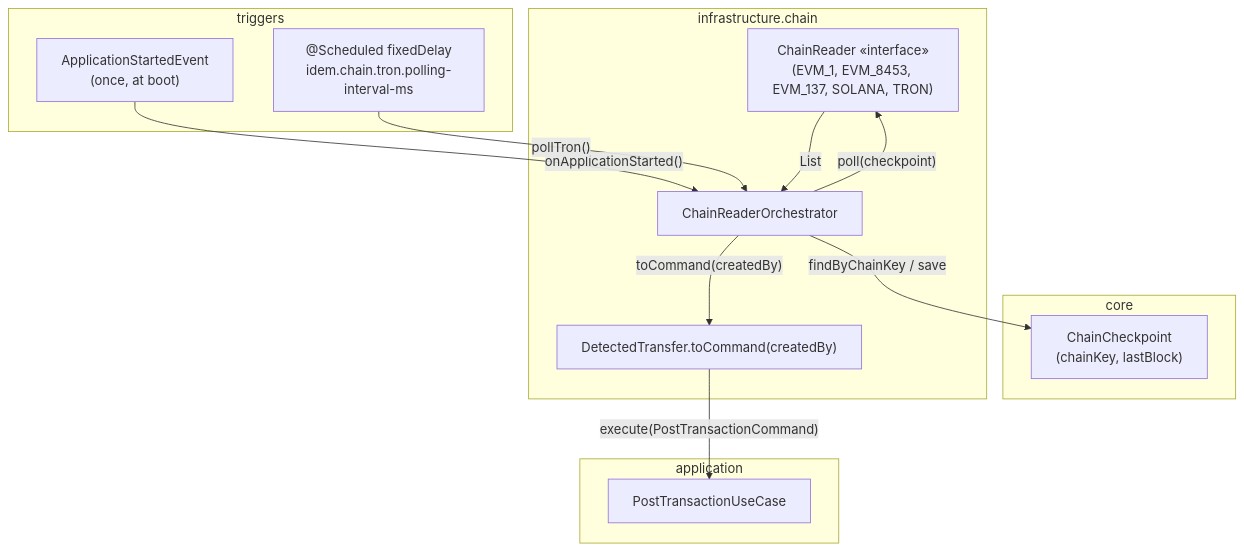
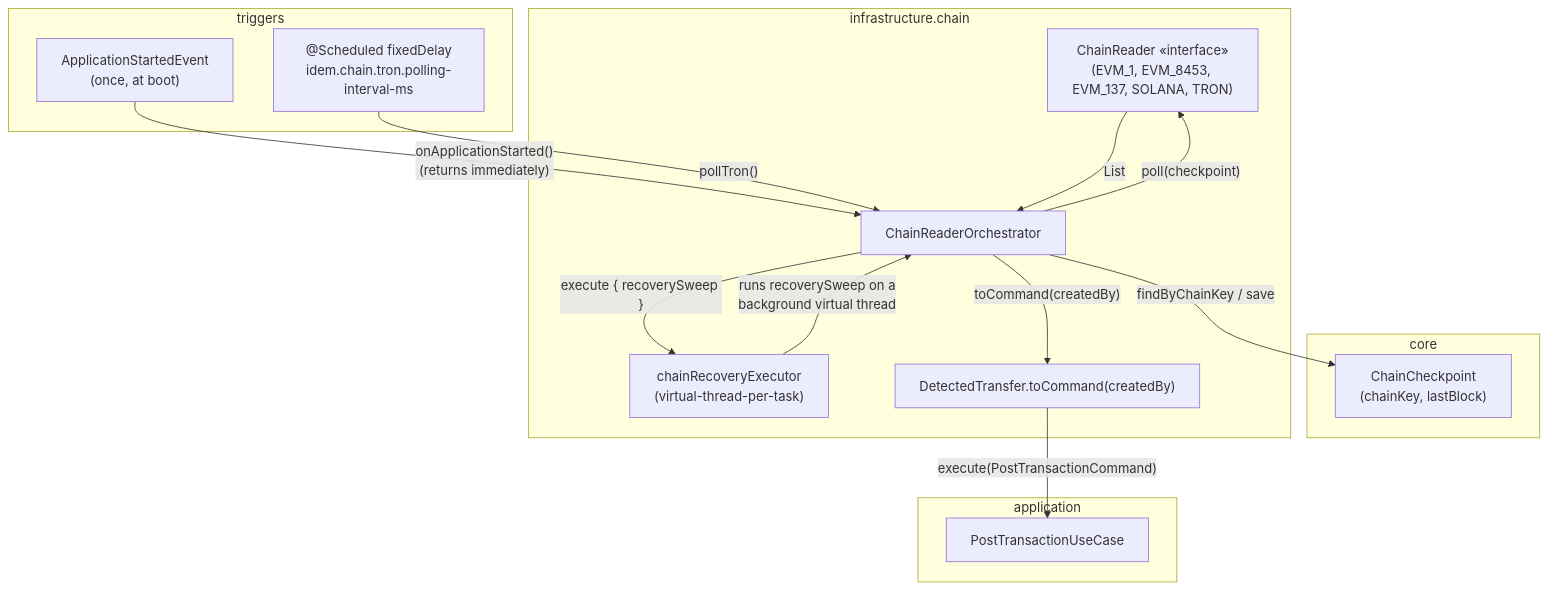
One commit to idem-finance/idem changed the first of 3 diagrams in docs/chain-reader-orchestrator.md. Above: the diagram before and after it, drawn with Mermaid. The commit also changed other lines of this file and 4 other files, not shown here.

First line of the commit message:
refactor: run chain reader recovery sweep off the main startup thread (#88)

````diff
--- a/docs/chain-reader-orchestrator.md
+++ b/docs/chain-reader-orchestrator.md
@@ -34,29 +40,32 @@
 ```mermaid
 graph TD
     subgraph core
         ChainCheckpoint["ChainCheckpoint\n(chainKey, lastBlock)"]
     end
 
     subgraph application
         PTU["PostTransactionUseCase"]
     end
 
     subgraph infrastructure.chain
         CR["ChainReader «interface»\n(EVM_1, EVM_8453, EVM_137, SOLANA, TRON)"]
         ORCH["ChainReaderOrchestrator"]
+        EXEC["chainRecoveryExecutor\n(virtual-thread-per-task)"]
         DT["DetectedTransfer.toCommand(createdBy)"]
     end
 
     subgraph triggers
         ASE["ApplicationStartedEvent\n(once, at boot)"]
         SCHED["@Scheduled fixedDelay\nidem.chain.tron.polling-interval-ms"]
     end
 
-    ASE -->|"onApplicationStarted()"| ORCH
+    ASE -->|"onApplicationStarted()\n(returns immediately)"| ORCH
+    ORCH -->|"execute { recoverySweep }"| EXEC
+    EXEC -->|"runs recoverySweep on a\nbackground virtual thread"| ORCH
     SCHED -->|"pollTron()"| ORCH
     ORCH -->|"findByChainKey / save"| ChainCheckpoint
     ORCH -->|"poll(checkpoint)"| CR
     CR -->|"List<DetectedTransfer>"| ORCH
     ORCH -->|"toCommand(createdBy)"| DT
     DT -->|"execute(PostTransactionCommand)"| PTU
 ```
````
